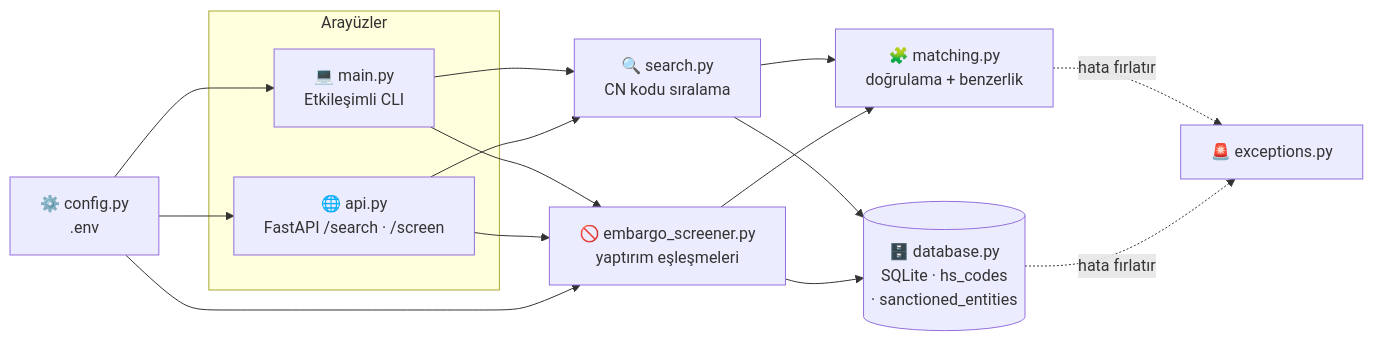
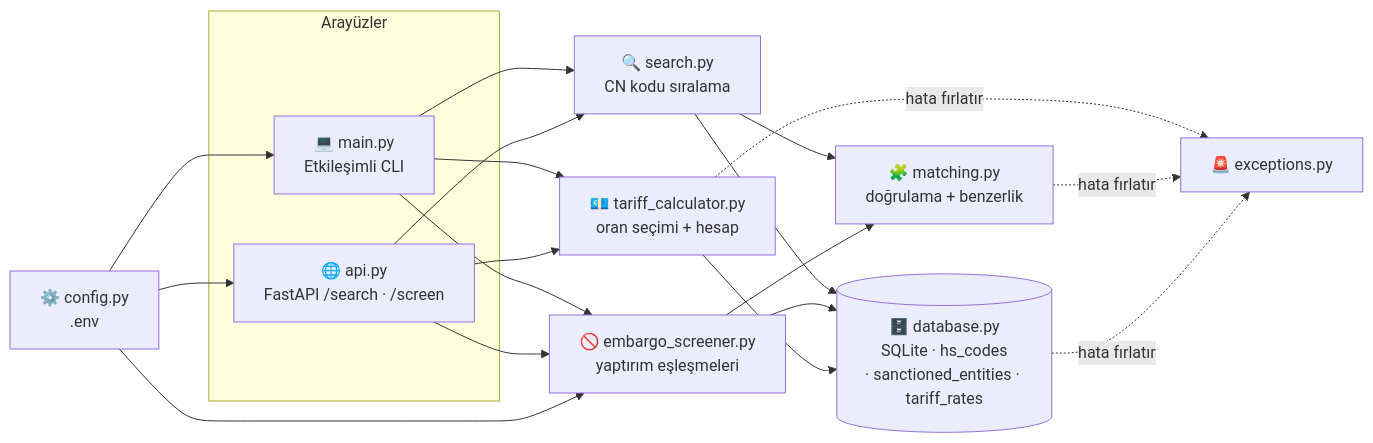
One commit to Mutersec/CustomsIQ changed the first of 2 diagrams in README.tr.md. Above: the diagram before and after it, drawn with Mermaid. The commit also changed other lines of this file and 13 other files, not shown here.

````diff
--- a/README.tr.md
+++ b/README.tr.md
@@ -92,28 +93,33 @@
 ```mermaid
 flowchart LR
     subgraph Arayuzler["Arayüzler"]
         CLI["💻 main.py<br/>Etkileşimli CLI"]
         API["🌐 api.py<br/>FastAPI /search · /screen"]
     end
 
     SEARCH["🔍 search.py<br/>CN kodu sıralama"]
     SCREEN["🚫 embargo_screener.py<br/>yaptırım eşleşmeleri"]
+    DUTY["💶 tariff_calculator.py<br/>oran seçimi + hesap"]
     MATCH["🧩 matching.py<br/>doğrulama + benzerlik"]
-    DB[("🗄️ database.py<br/>SQLite · hs_codes<br/>· sanctioned_entities")]
+    DB[("🗄️ database.py<br/>SQLite · hs_codes<br/>· sanctioned_entities · tariff_rates")]
     EXC["🚨 exceptions.py"]
     CFG["⚙️ config.py<br/>.env"]
 
     CLI --> SEARCH
     CLI --> SCREEN
+    CLI --> DUTY
     API --> SEARCH
     API --> SCREEN
+    API --> DUTY
     SEARCH --> MATCH
     SCREEN --> MATCH
     SEARCH --> DB
     SCREEN --> DB
+    DUTY --> DB
+    DUTY -. hata fırlatır .-> EXC
     MATCH -. hata fırlatır .-> EXC
     DB -. hata fırlatır .-> EXC
     CFG --> CLI
     CFG --> API
     CFG --> SCREEN
 ```
````
